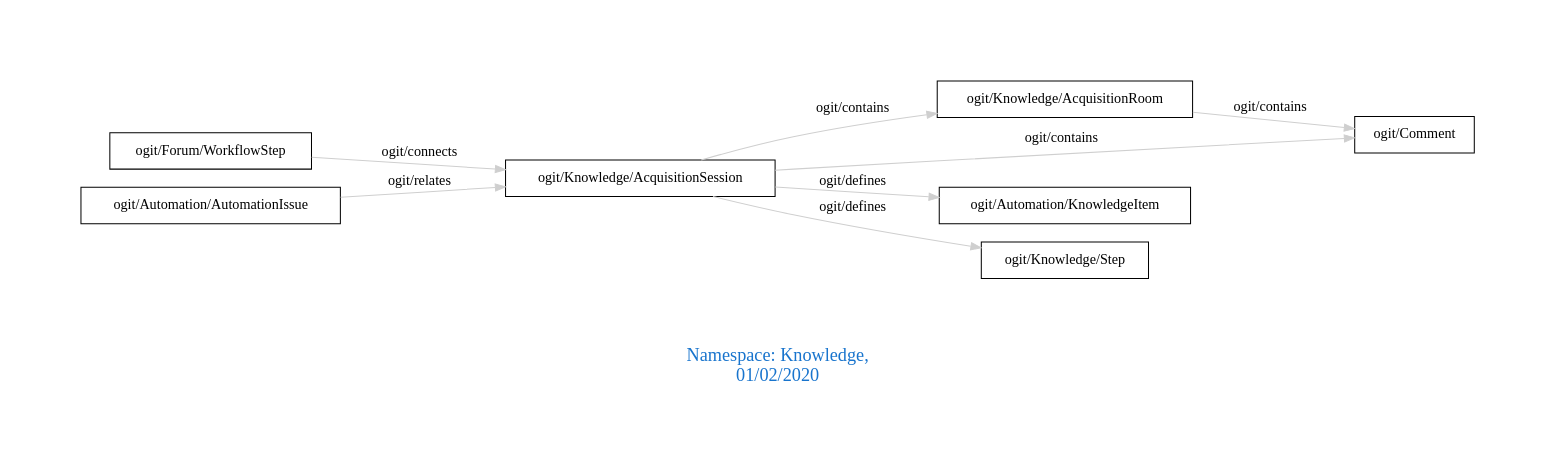
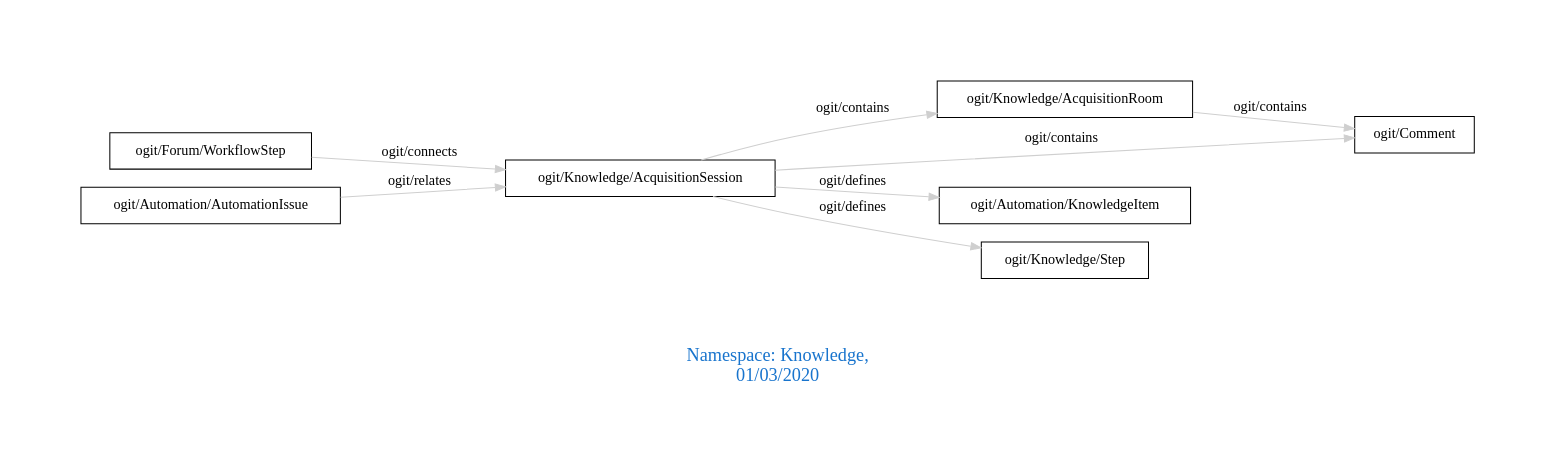
One commit to arago/OGIT changed the diagram in downloads/Knowledge.dot. Above: the diagram before and after it, drawn with Graphviz. The commit also changed 1654 other files, not shown here.

```diff
--- a/downloads/Knowledge.dot
+++ b/downloads/Knowledge.dot
@@ -1,15 +1,15 @@
 digraph OGIT_ontology {
  graph [ rankdir= LR,pad=1 
 fontsize = 18,
-fontcolor= dodgerblue3,label = "\n\n\nNamespace: Knowledge, \n 01/02/2020"];
+fontcolor= dodgerblue3,label = "\n\n\nNamespace: Knowledge, \n 01/03/2020"];
 node[shape=polygon];
 edge [  color="gray81"];
 
    "ogit/Knowledge/AcquisitionRoom" -> "ogit/Comment" [label="   ogit/contains    "];
    "ogit/Knowledge/AcquisitionSession" -> "ogit/Comment" [label="   ogit/contains    "];
    "ogit/Knowledge/AcquisitionSession" -> "ogit/Knowledge/AcquisitionRoom" [label="   ogit/contains    "];
    "ogit/Knowledge/AcquisitionSession" -> "ogit/Automation/KnowledgeItem" [label="   ogit/defines    "];
    "ogit/Knowledge/AcquisitionSession" -> "ogit/Knowledge/Step" [label="   ogit/defines    "];
    "ogit/Forum/WorkflowStep" -> "ogit/Knowledge/AcquisitionSession" [label="   ogit/connects    "];
    "ogit/Automation/AutomationIssue" -> "ogit/Knowledge/AcquisitionSession" [label="   ogit/relates    "];
 }
```
